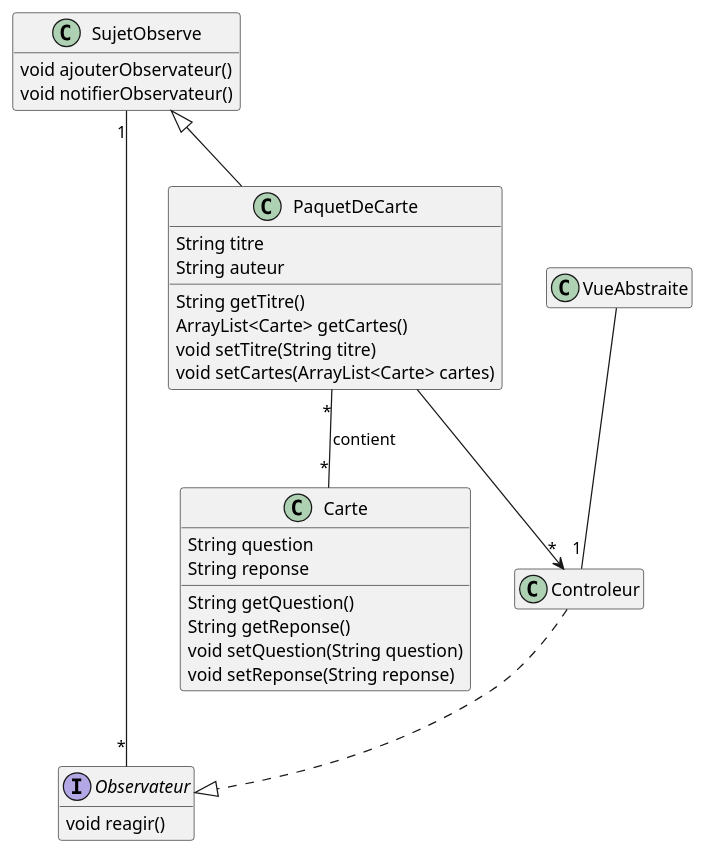
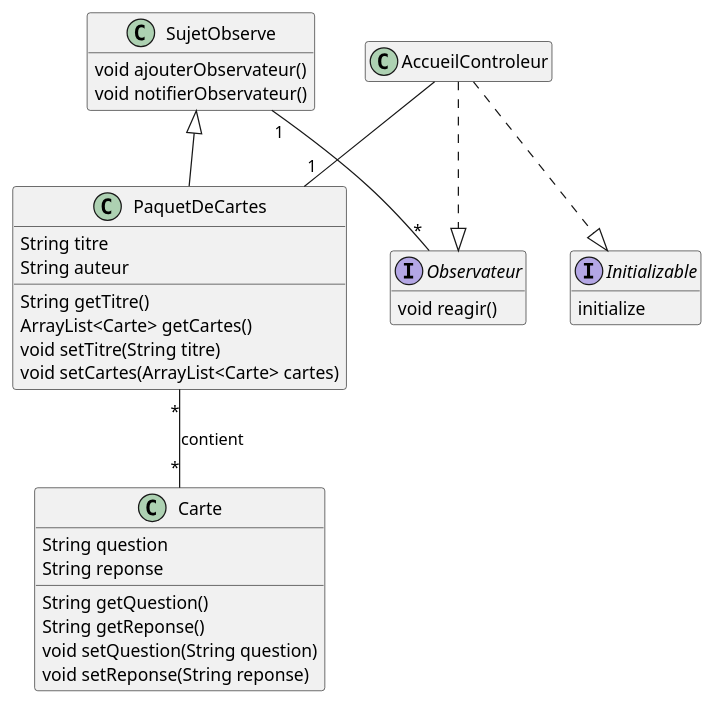
Before and after one commit to rouxmi/Flash-Card-App-: the diagram in diag.wsd, drawn with PlantUML.

Commit message:
changement Diag UML

```diff
--- a/diag.wsd
+++ b/diag.wsd
@@ -1,42 +1,51 @@
 @startuml diag
 hide empty members
 
 class Carte {
     {field} String question
     {field} String reponse
     {method} String getQuestion()
     {method} String getReponse()
     {method} void setQuestion(String question)
     {method} void setReponse(String reponse)
 }
 
-class PaquetDeCarte {
+class PaquetDeCartes {
     {field} String titre
     {field} String auteur
     {method} String getTitre()
     {method} ArrayList<Carte> getCartes()
     {method} void setTitre(String titre)
     {method} void setCartes(ArrayList<Carte> cartes)
 }
+
+
 
 interface Observateur{
     {method} void reagir()
 }
 
 class SujetObserve{
     {method} void ajouterObservateur()
     {method} void notifierObservateur()
 }
 
-class Controleur{}
+class AccueilControleur{
 
-PaquetDeCarte "*" -- "*" Carte : contient
 
-SujetObserve <|-- PaquetDeCarte
+}
+
+interface Initializable{
+    {method} initialize
+}
+
+PaquetDeCartes "*" -- "*" Carte : contient
+
+SujetObserve <|-- PaquetDeCartes
 SujetObserve "1"--"*" Observateur
-Controleur ..|> Observateur
-PaquetDeCarte -->"*" Controleur
-VueAbstraite --"1" Controleur
+AccueilControleur ..|> Observateur
+AccueilControleur --"1" PaquetDeCartes
+AccueilControleur ..|> Initializable
 
 
 @enduml
```
